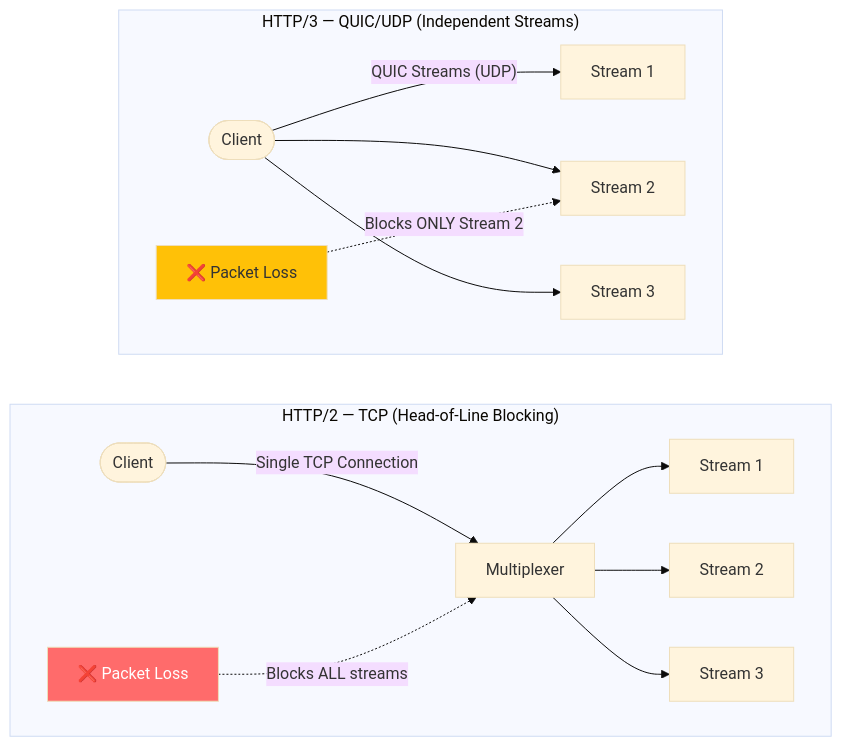
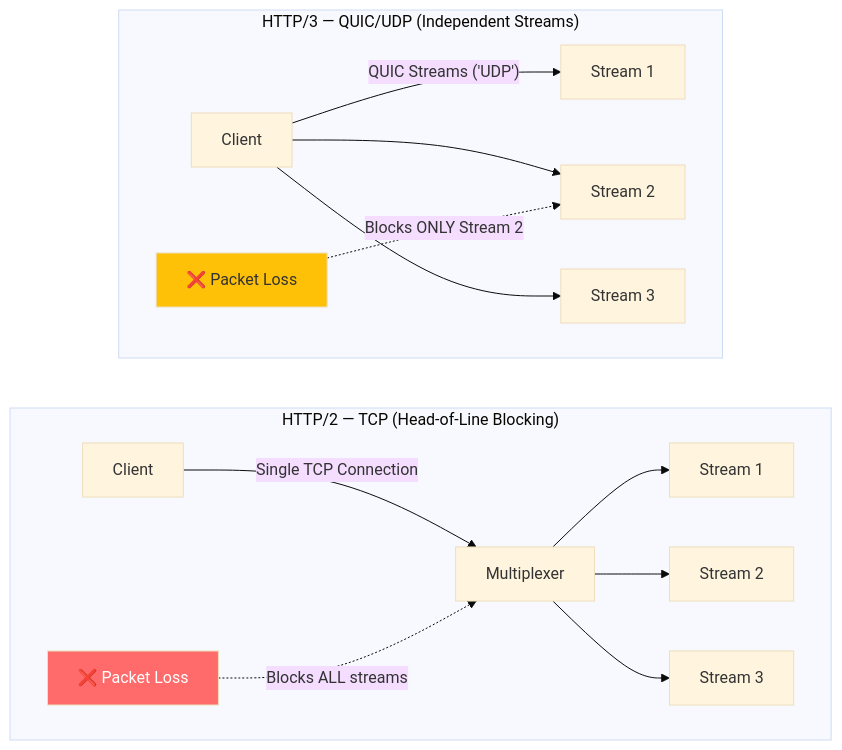
One commit to vesviet/vesviet changed the diagram in content/series/system-design/12-communication-protocols-microservices.md. Above: the diagram before and after it, drawn with Mermaid (base theme). The commit also changed other lines of this file and 280 other files, not shown here.

````diff
--- a/content/series/system-design/12-communication-protocols-microservices.md
+++ b/content/series/system-design/12-communication-protocols-microservices.md
@@ -155,22 +179,22 @@
 ```mermaid
 graph LR
     subgraph h2["HTTP/2 — TCP (Head-of-Line Blocking)"]
         direction LR
-        C1([Client]) -->|"Single TCP Connection"| M1["Multiplexer"]
+        C1["Client"] -->|"Single TCP Connection"| M1["Multiplexer"]
         M1 --> S1a["Stream 1"]
         M1 --> S1b["Stream 2"]
         M1 --> S1c["Stream 3"]
         LOSS1["❌ Packet Loss"] -.->|"Blocks ALL streams"| M1
     end
 
     subgraph h3["HTTP/3 — QUIC/UDP (Independent Streams)"]
         direction LR
-        C2([Client]) -->|"QUIC Streams (UDP)"| S2a["Stream 1"]
+        C2["Client"] -->|"QUIC Streams ('UDP')"| S2a["Stream 1"]
         C2 --> S2b["Stream 2"]
         C2 --> S2c["Stream 3"]
         LOSS2["❌ Packet Loss"] -.->|"Blocks ONLY Stream 2"| S2b
     end
 
     style LOSS1 fill:#ff6b6b,color:#fff
     style LOSS2 fill:#ffc107,color:#333
 ```
````
